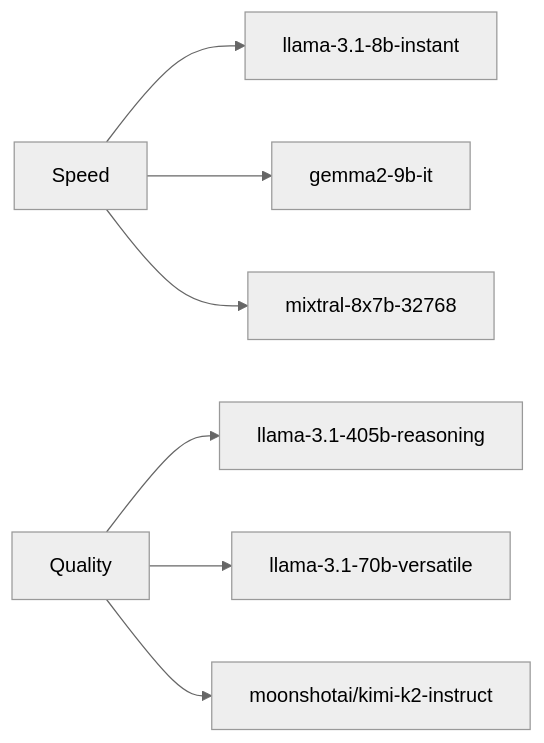
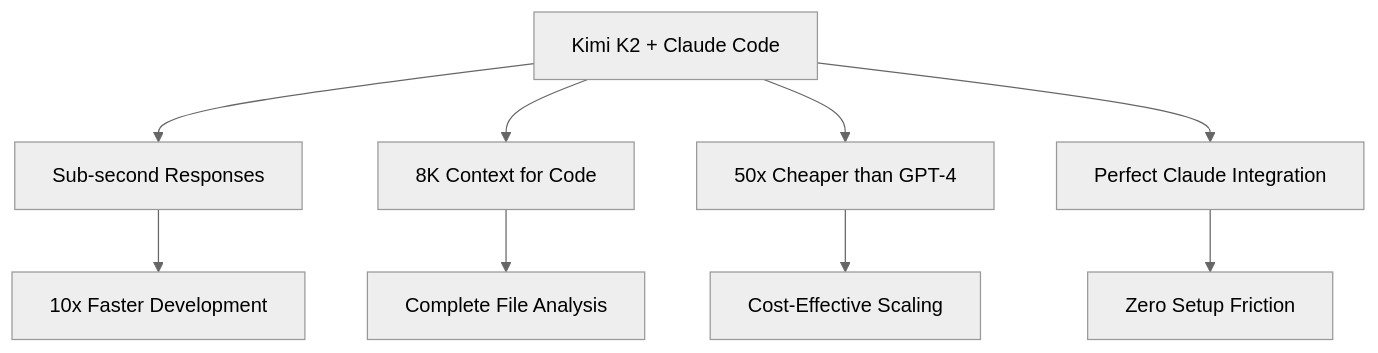
One commit to orchestre-dev/ccproxy changed the diagram in docs/providers/groq.md. Above: the diagram before and after it, drawn with Mermaid (neutral theme). The commit also changed other lines of this file and 39 other files, not shown here.

````diff
--- a/docs/providers/groq.md
+++ b/docs/providers/groq.md
@@ -56,9 +89,11 @@
 ```mermaid
-graph LR
-    A[Speed] --> B[llama-3.1-8b-instant]
-    A --> C[gemma2-9b-it]
-    A --> D[mixtral-8x7b-32768]
-    E[Quality] --> F[llama-3.1-405b-reasoning]
-    E --> G[llama-3.1-70b-versatile]
-    E --> H[moonshotai/kimi-k2-instruct]
+graph TB
+    A[Kimi K2 + Claude Code] --> B[Sub-second Responses]
+    A --> C[8K Context for Code]
+    A --> D[50x Cheaper than GPT-4]
+    A --> E[Perfect Claude Integration]
+    B --> F[10x Faster Development]
+    C --> G[Complete File Analysis]
+    D --> H[Cost-Effective Scaling]
+    E --> I[Zero Setup Friction]
 ```
````
